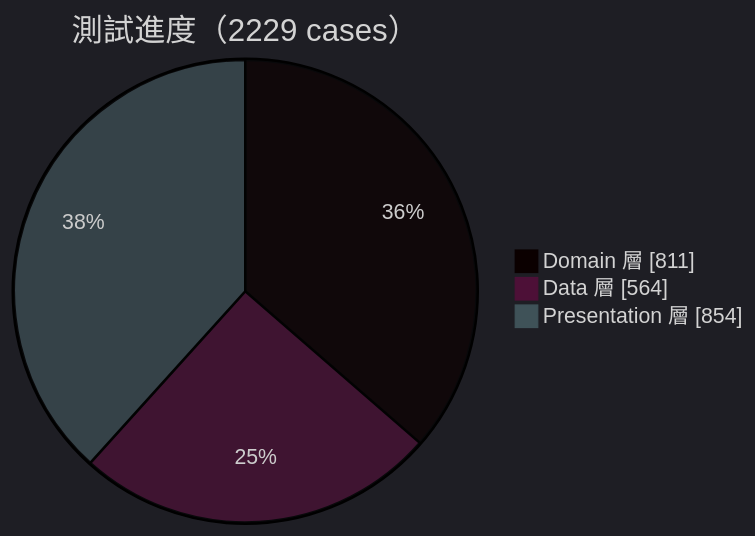
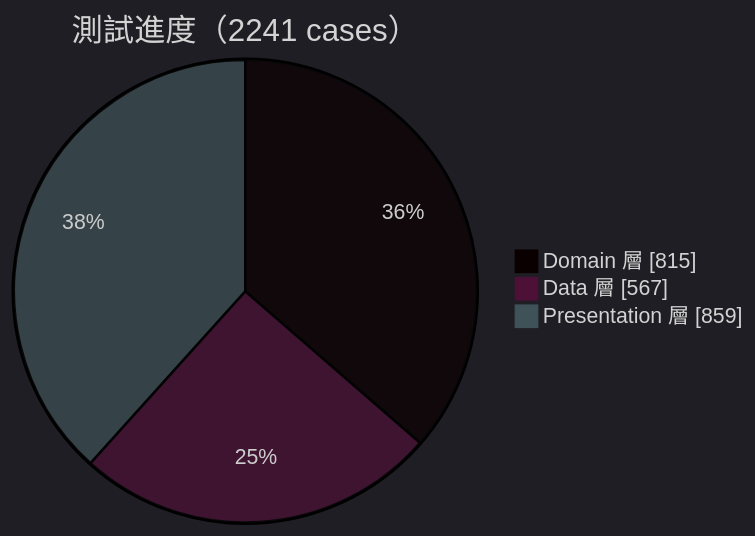
One commit to Neal75418/afterclose changed the first of 3 diagrams in docs/TEST_COVERAGE_PLAN.md. Above: the diagram before and after it, drawn with Mermaid. The commit also changed other lines of this file and 4 other files, not shown here.

````diff
--- a/docs/TEST_COVERAGE_PLAN.md
+++ b/docs/TEST_COVERAGE_PLAN.md
@@ -9,7 +9,7 @@
 ```mermaid
 %%{init: {'theme': 'dark'}}%%
-pie showData title 測試進度（2229 cases）
-    "Domain 層" : 811
-    "Data 層" : 564
-    "Presentation 層" : 854
+pie showData title 測試進度（2241 cases）
+    "Domain 層" : 815
+    "Data 層" : 567
+    "Presentation 層" : 859
 ```
````
